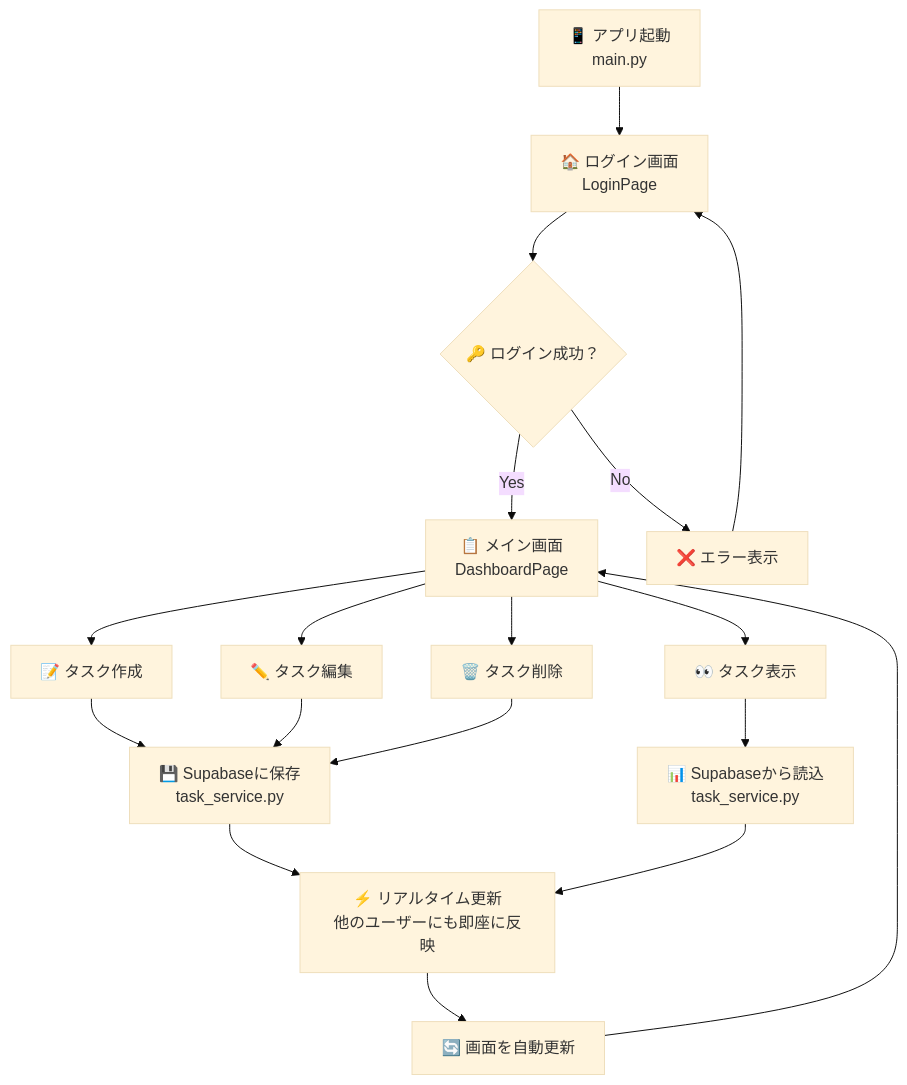
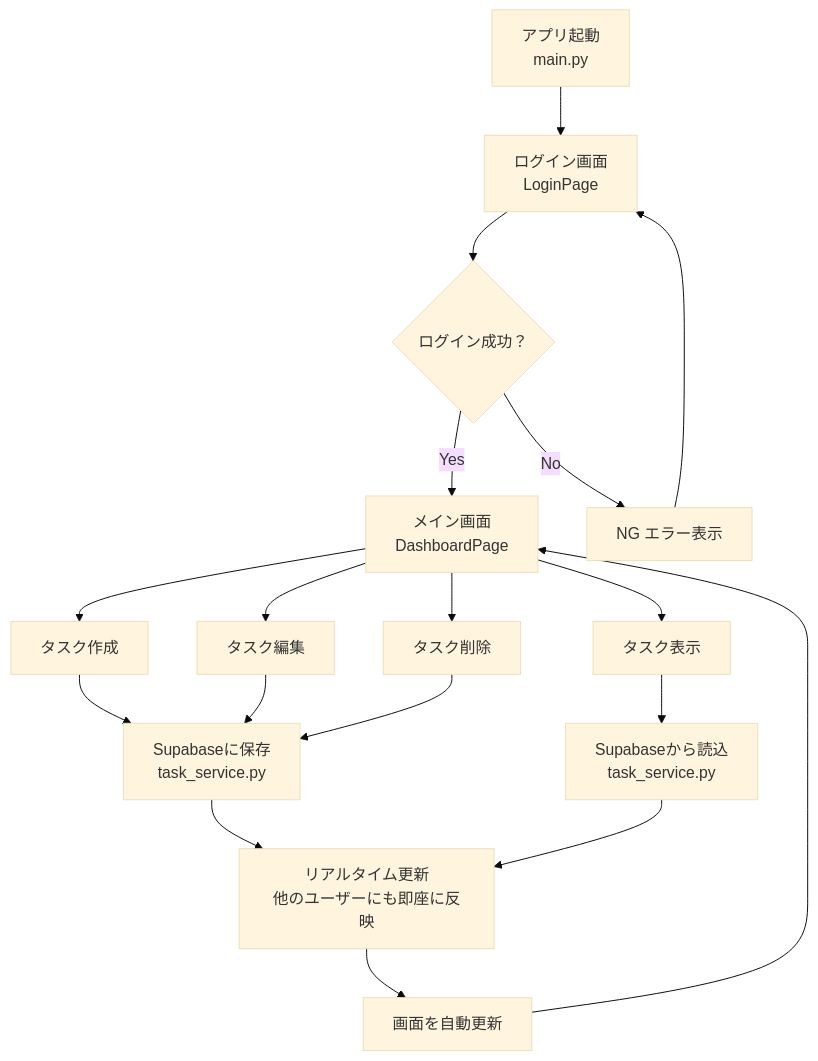
The third of 4 diagrams in docs/chapters/chapter03/index.md (itdojp/supabase-architecture-patterns-book), drawn with Mermaid (base theme) before and after one commit. The commit also changed other lines of this file and 49 other files, not shown here.

````diff
--- a/docs/chapters/chapter03/index.md
+++ b/docs/chapters/chapter03/index.md
@@ -381,23 +381,23 @@
 ```mermaid
 flowchart TD
-    A[📱 アプリ起動<br/>main.py] --> B[🏠 ログイン画面<br/>LoginPage]
-    B --> C{🔑 ログイン成功？}
-    C -->|Yes| D[📋 メイン画面<br/>DashboardPage]
-    C -->|No| E[❌ エラー表示]
+    A[ アプリ起動<br/>main.py] --> B[ ログイン画面<br/>LoginPage]
+    B --> C{ ログイン成功？}
+    C -->|Yes| D[ メイン画面<br/>DashboardPage]
+    C -->|No| E[NG エラー表示]
     E --> B
     
-    D --> F[📝 タスク作成]
-    D --> G[👀 タスク表示]
-    D --> H[✏️ タスク編集]
-    D --> I[🗑️ タスク削除]
+    D --> F[ タスク作成]
+    D --> G[ タスク表示]
+    D --> H[ タスク編集]
+    D --> I[ タスク削除]
     
-    F --> J[💾 Supabaseに保存<br/>task_service.py]
-    G --> K[📊 Supabaseから読込<br/>task_service.py]
+    F --> J[ Supabaseに保存<br/>task_service.py]
+    G --> K[ Supabaseから読込<br/>task_service.py]
     H --> J
     I --> J
     
-    J --> L[⚡ リアルタイム更新<br/>他のユーザーにも即座に反映]
+    J --> L[ リアルタイム更新<br/>他のユーザーにも即座に反映]
     K --> L
-    L --> M[🔄 画面を自動更新]
+    L --> M[ 画面を自動更新]
     M --> D
 ```
````
